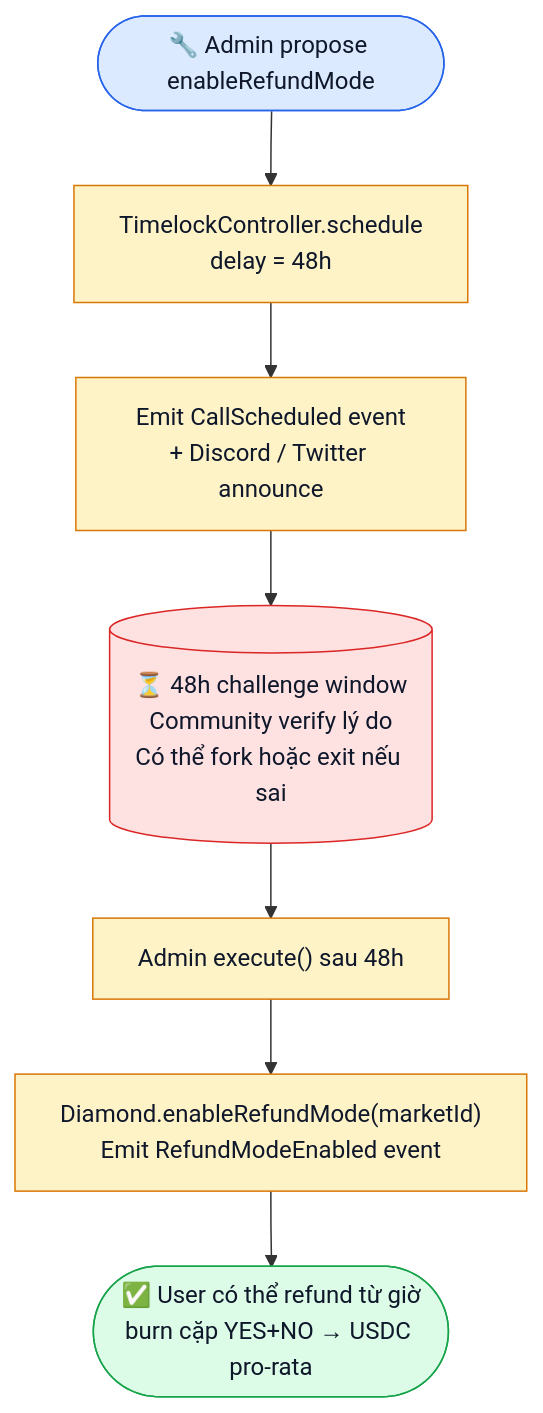
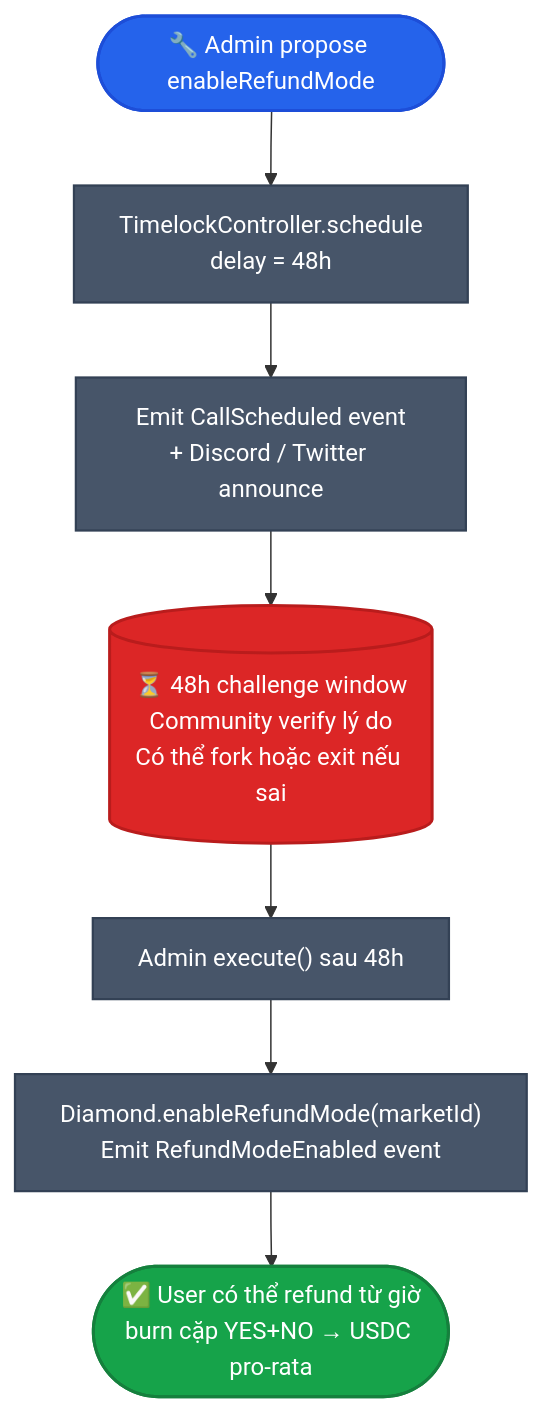
One commit to PrediX-Protocol/predix-docs changed the second of 2 diagrams in vi_v6/huong-dan/redeem-va-claim.md. Above: the diagram before and after it, drawn with Mermaid. The commit also changed other lines of this file and 32 other files, not shown here.

First line of the commit message:
docs(vi_v6): redesign Mermaid theme — solid mid-tone palette + dark theme

````diff
--- a/vi_v6/huong-dan/redeem-va-claim.md
+++ b/vi_v6/huong-dan/redeem-va-claim.md
@@ -103,19 +103,19 @@
 ```mermaid
 flowchart TD
     Start(["🔧 Admin propose enableRefundMode"])
     Start --> S1["TimelockController.schedule<br/>delay = 48h"]
     S1 --> S2["Emit CallScheduled event<br/>+ Discord / Twitter announce"]
     S2 --> Wait[("⏳ 48h challenge window<br/>Community verify lý do<br/>Có thể fork hoặc exit nếu sai")]
     Wait --> S3["Admin execute() sau 48h"]
     S3 --> S4["Diamond.enableRefundMode(marketId)<br/>Emit RefundModeEnabled event"]
     S4 --> End(["✅ User có thể refund từ giờ<br/>burn cặp YES+NO → USDC pro-rata"])
 
-    classDef admin fill:#dbeafe,stroke:#2563eb,color:#0f172a
-    classDef step fill:#fef3c7,stroke:#d97706,color:#0f172a
-    classDef wait fill:#fee2e2,stroke:#dc2626,color:#0f172a
-    classDef ok fill:#dcfce7,stroke:#16a34a,color:#0f172a
+    classDef admin fill:#2563eb,stroke:#1d4ed8,color:#fff,stroke-width:2px
+    classDef step fill:#475569,stroke:#334155,color:#fff,stroke-width:1.5px
+    classDef wait fill:#dc2626,stroke:#b91c1c,color:#fff,stroke-width:2px
+    classDef ok fill:#16a34a,stroke:#15803d,color:#fff,stroke-width:2px
     class Start admin
     class S1,S2,S3,S4 step
     class Wait wait
     class End ok
 ```
````
